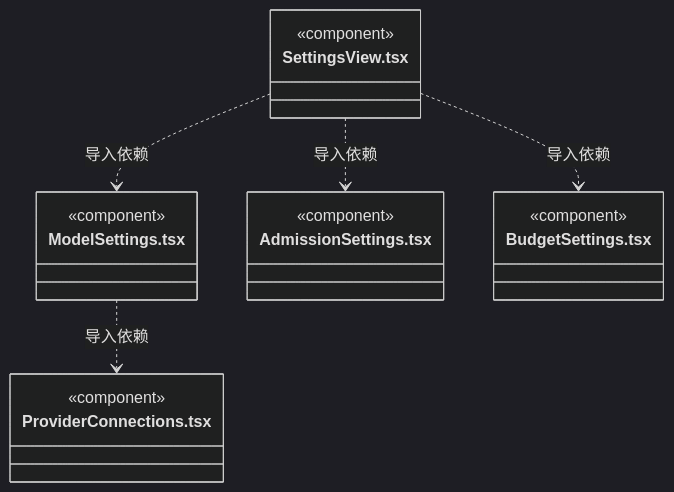
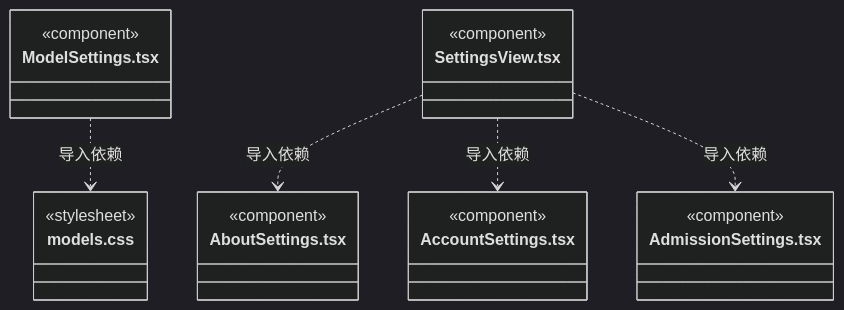
Diagram 31 of 34 in src/view/settings/ARCHITECTURE.md (nan023062/cbim), drawn with Mermaid (dark theme) before and after one commit. The commit also changed other lines of this file and 112 other files, not shown here.

Commit message:
docs: align source architecture with current declarations and contracts

````diff
--- a/src/view/settings/ARCHITECTURE.md
+++ b/src/view/settings/ARCHITECTURE.md
@@ -603,22 +603,25 @@
 ```mermaid
 classDiagram
 class N_src_view_settings_ModelSettings_tsx["ModelSettings.tsx"] {
   <<component>>
 }
-class N_src_view_settings_ProviderConnections_tsx["ProviderConnections.tsx"] {
+class N_src_view_settings_models_css["models.css"] {
+  <<stylesheet>>
+}
+class N_src_view_settings_SettingsView_tsx["SettingsView.tsx"] {
   <<component>>
 }
-class N_src_view_settings_SettingsView_tsx["SettingsView.tsx"] {
+class N_src_view_settings_AboutSettings_tsx["AboutSettings.tsx"] {
+  <<component>>
+}
+class N_src_view_settings_AccountSettings_tsx["AccountSettings.tsx"] {
   <<component>>
 }
 class N_src_view_settings_AdmissionSettings_tsx["AdmissionSettings.tsx"] {
   <<component>>
 }
-class N_src_view_settings_BudgetSettings_tsx["BudgetSettings.tsx"] {
-  <<component>>
-}
-N_src_view_settings_ModelSettings_tsx ..> N_src_view_settings_ProviderConnections_tsx : 导入依赖
-N_src_view_settings_SettingsView_tsx ..> N_src_view_settings_ModelSettings_tsx : 导入依赖
+N_src_view_settings_ModelSettings_tsx ..> N_src_view_settings_models_css : 导入依赖
+N_src_view_settings_SettingsView_tsx ..> N_src_view_settings_AboutSettings_tsx : 导入依赖
+N_src_view_settings_SettingsView_tsx ..> N_src_view_settings_AccountSettings_tsx : 导入依赖
 N_src_view_settings_SettingsView_tsx ..> N_src_view_settings_AdmissionSettings_tsx : 导入依赖
-N_src_view_settings_SettingsView_tsx ..> N_src_view_settings_BudgetSettings_tsx : 导入依赖
 ```
````
